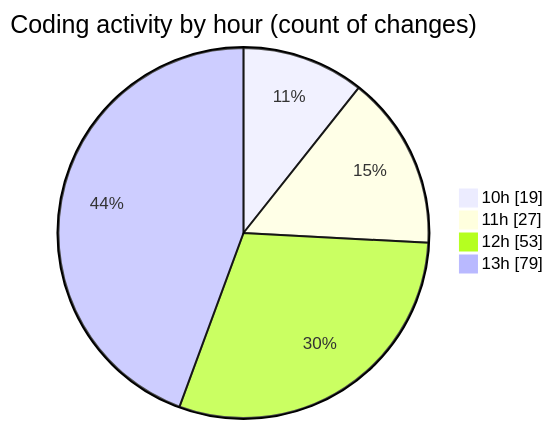
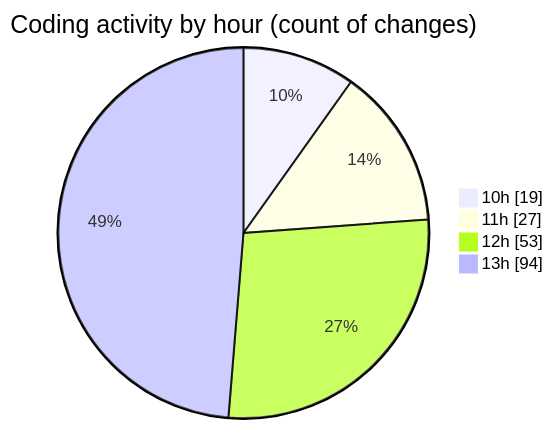
The second of 2 diagrams in 2025-03-18/cda/README.md (momahboobian/code-tracking), drawn with Mermaid before and after one commit. The commit also changed other lines of this file and 1 other file, not shown here.

````diff
--- a/2025-03-18/cda/README.md
+++ b/2025-03-18/cda/README.md
@@ -42,8 +42,8 @@
 ```mermaid
 pie showData
 title Coding activity by hour (count of changes)
 "10h" : 19
 "11h" : 27
 "12h" : 53
-"13h" : 79
+"13h" : 94
 ```
````
